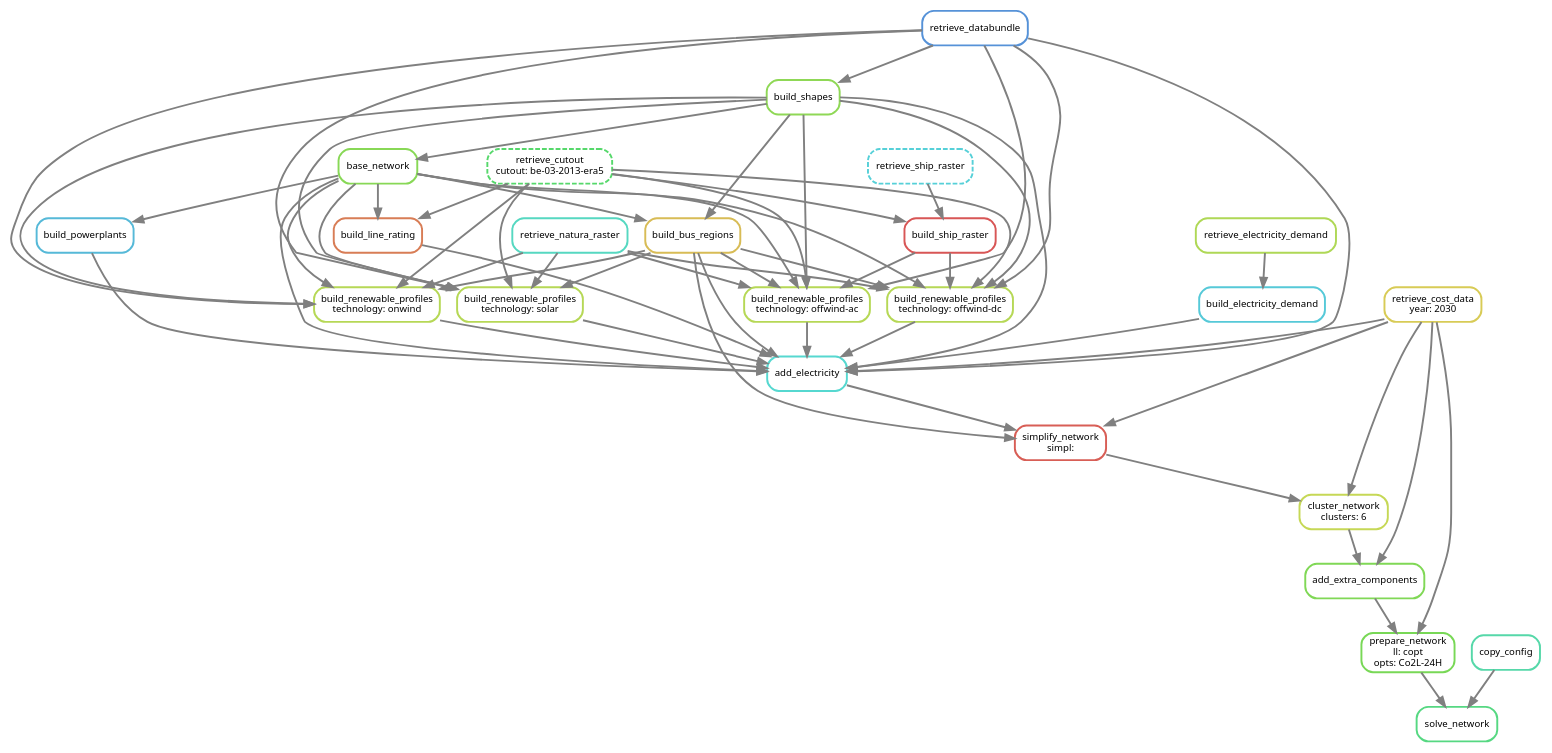
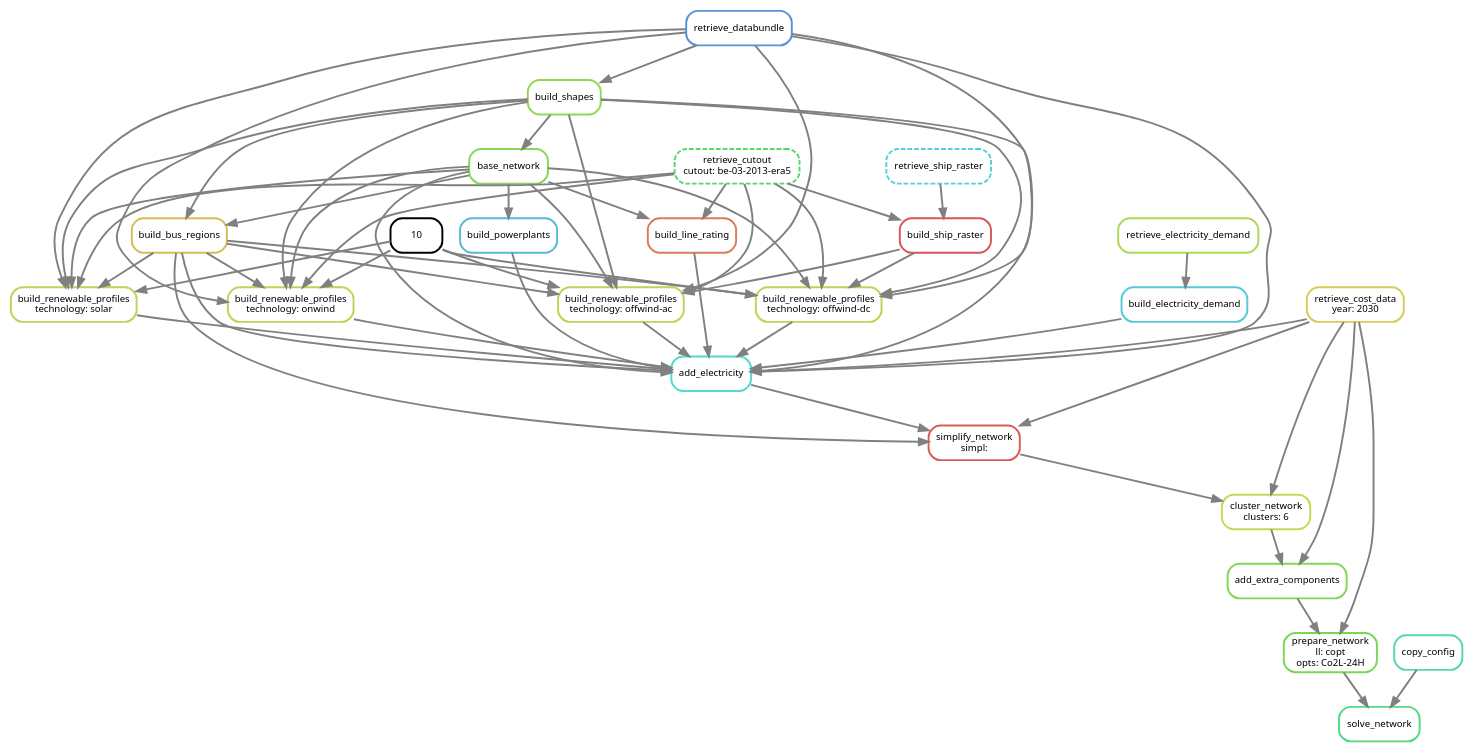
The diagram in doc/tutorial.rst (AGGM-AG/pypsa-at), drawn with Graphviz before and after one commit. The commit also changed other lines of this file and 23 other files, not shown here.

```diff
--- a/doc/tutorial.rst
+++ b/doc/tutorial.rst
@@ -143,7 +142,6 @@
             7[label = "base_network", color = "0.27 0.6 0.85", style="rounded"];
             8[label = "build_shapes", color = "0.26 0.6 0.85", style="rounded"];
             9[label = "retrieve_databundle", color = "0.59 0.6 0.85", style="rounded"];
-            10[label = "retrieve_natura_raster", color = "0.47 0.6 0.85", style="rounded"];
             11[label = "build_bus_regions", color = "0.13 0.6 0.85", style="rounded"];
             12[label = "retrieve_cutout\ncutout: be-03-2013-era5", color = "0.36 0.6 0.85", style="rounded,dashed"];
             13[label = "build_renewable_profiles\ntechnology: onwind", color = "0.21 0.6 0.85", style="rounded"];
```
